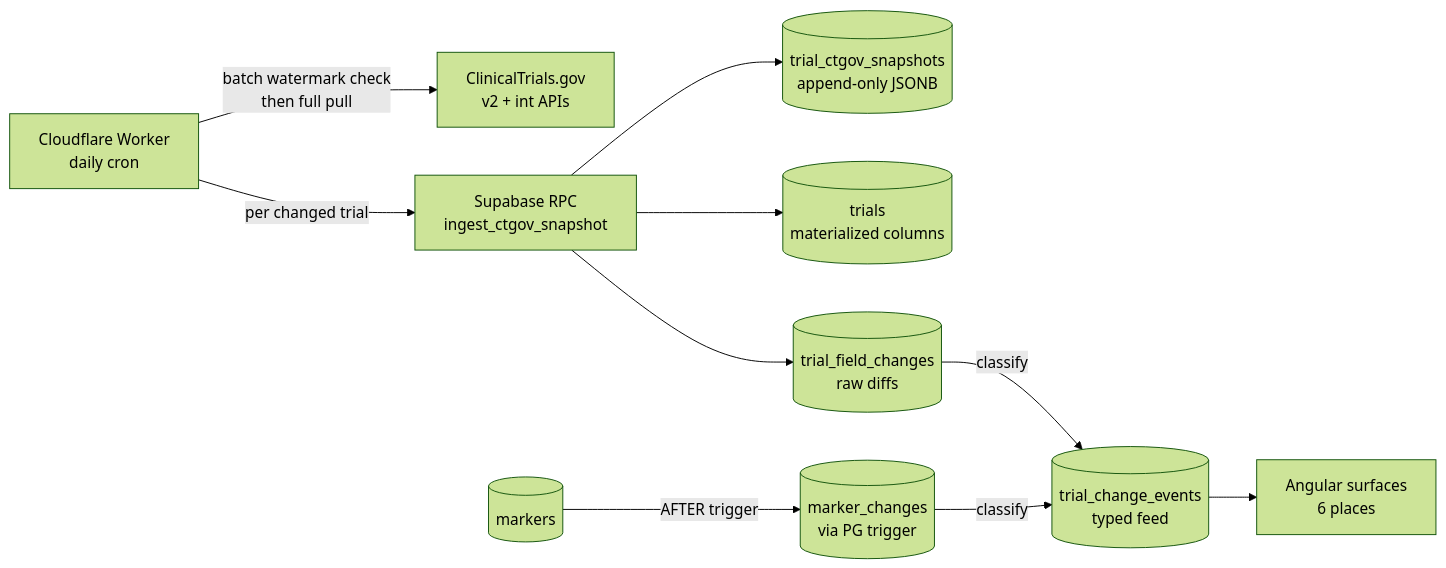
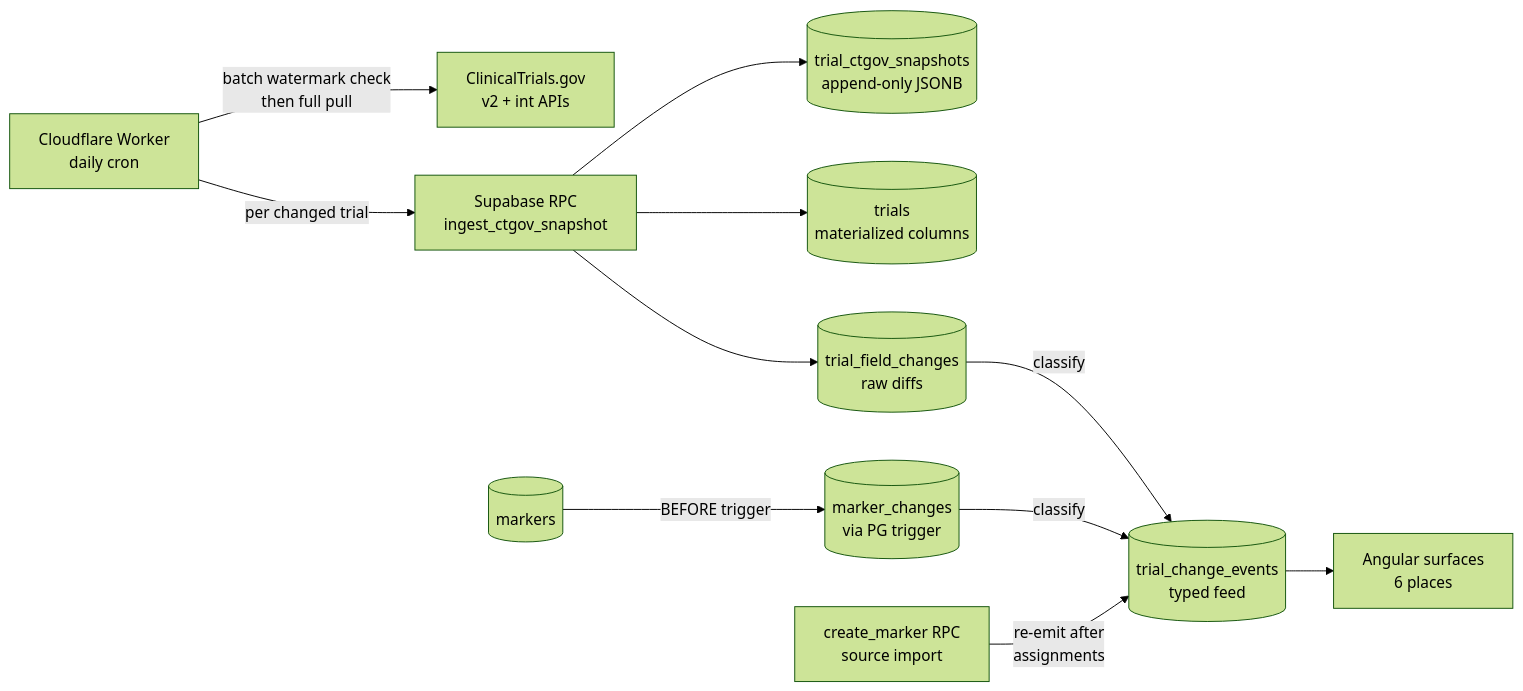
Before and after one commit to clint-org/clint: the diagram in docs/runbook/features/trial-change-feed.md, drawn with Mermaid (forest theme). The commit also changed other lines of this file and 416 other files, not shown here.

````diff
--- a/docs/runbook/features/trial-change-feed.md
+++ b/docs/runbook/features/trial-change-feed.md
@@ -12,23 +12,24 @@
 ```mermaid
 flowchart LR
   CT[ClinicalTrials.gov<br/>v2 + int APIs]
   CF[Cloudflare Worker<br/>daily cron]
   RPC[Supabase RPC<br/>ingest_ctgov_snapshot]
   SNAP[(trial_ctgov_snapshots<br/>append-only JSONB)]
   TRIALS[(trials<br/>materialized columns)]
   RAW[(trial_field_changes<br/>raw diffs)]
   EVT[(trial_change_events<br/>typed feed)]
   MK[(markers)]
   MKC[(marker_changes<br/>via PG trigger)]
   UI[Angular surfaces<br/>6 places]
 
   CF -->|batch watermark check<br/>then full pull| CT
   CF -->|per changed trial| RPC
   RPC --> SNAP
   RPC --> TRIALS
   RPC --> RAW
   RAW -->|classify| EVT
-  MK -->|AFTER trigger| MKC
+  MK -->|BEFORE trigger| MKC
   MKC -->|classify| EVT
+  SI[create_marker RPC<br/>source import] -->|re-emit after<br/>assignments| EVT
   EVT --> UI
 ```
````
